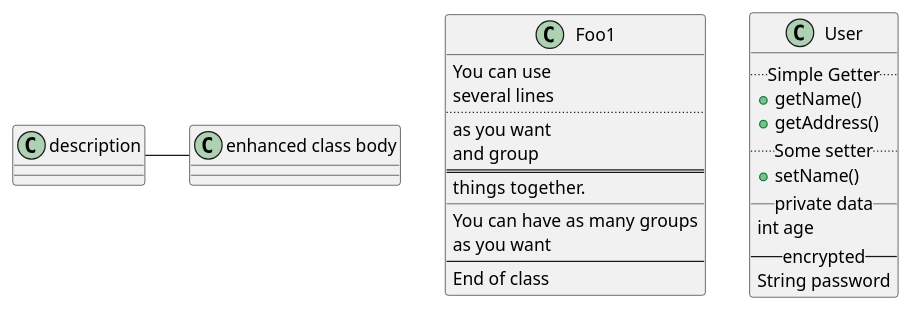
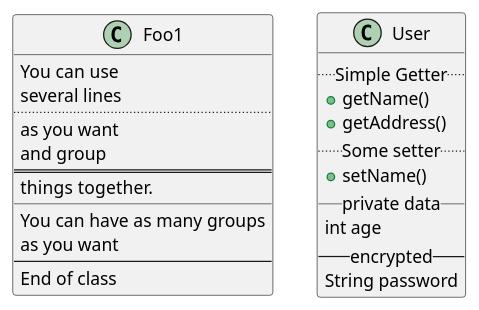
Before and after one commit to sogeuni/_wiki: the tenth of 38 diagrams in PlantUML/클래스-다이어그램.md, drawn with PlantUML. The commit also changed other lines of this file, not shown here.

Commit message:
Updated 클래스 다이어그램 (markdown)

```diff
--- a/PlantUML/클래스-다이어그램.md
+++ b/PlantUML/클래스-다이어그램.md
@@ -270,30 +261,29 @@
 @startuml
-description - "enhanced class body"
 class Foo1 {
   You can use
   several lines
   ..
   as you want
   and group
   ==
   things together.
   __
   You can have as many groups
   as you want
   --
   End of class
 }
 
 class User {
   .. Simple Getter ..
   + getName()
   + getAddress()
   .. Some setter ..
   + setName()
   __ private data __
   int age
   -- encrypted --
   String password
 }
 
 @enduml
```
